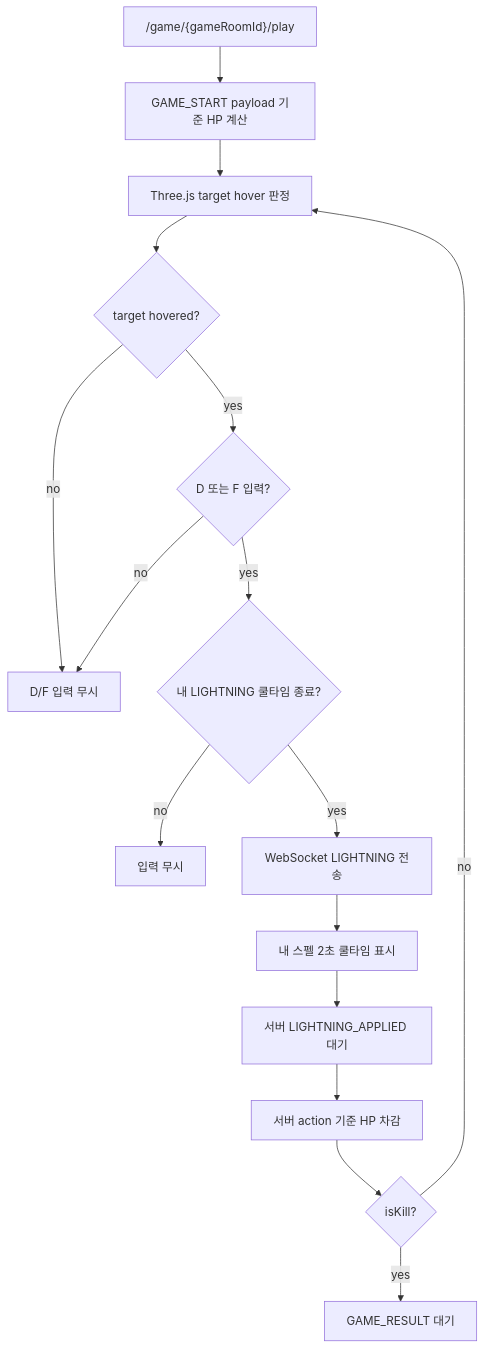
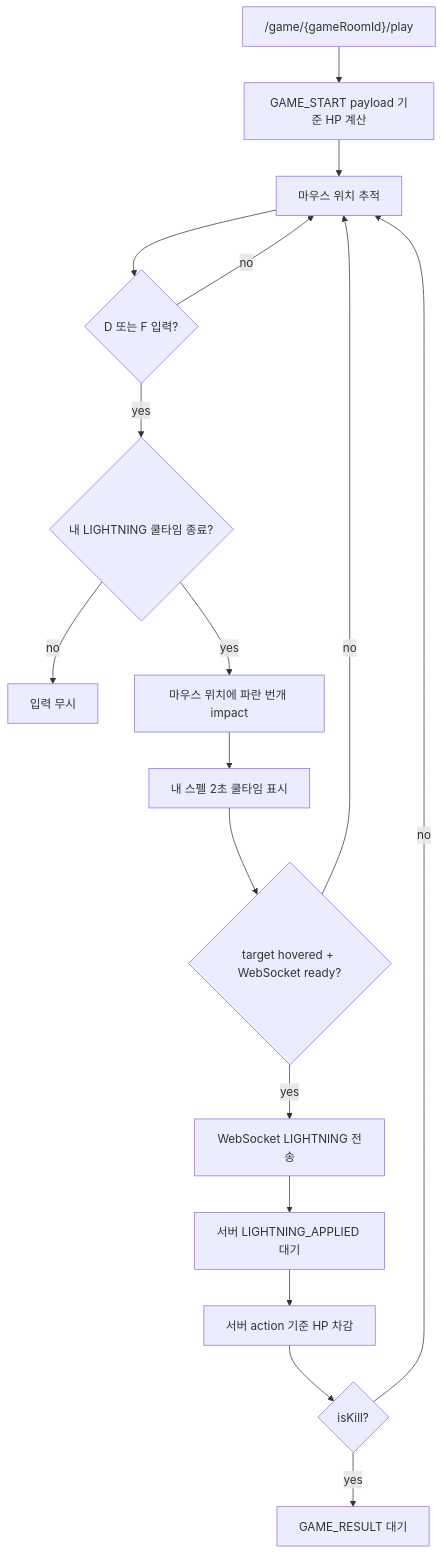
The first of 2 diagrams in docs/antigravity/frontend/issue-92-lightning-combat-input-ui.md (moonwhistle/League-of-Star), drawn with Mermaid before and after one commit. The commit also changed other lines of this file and 4 other files, not shown here.

````diff
--- a/docs/antigravity/frontend/issue-92-lightning-combat-input-ui.md
+++ b/docs/antigravity/frontend/issue-92-lightning-combat-input-ui.md
@@ -7,18 +7,19 @@
 ```mermaid
 flowchart TD
     A["/game/{gameRoomId}/play"] --> B["GAME_START payload 기준 HP 계산"]
-    B --> C["Three.js target hover 판정"]
-    C --> D{"target hovered?"}
-    D -->|no| E["D/F 입력 무시"]
-    D -->|yes| F{"D 또는 F 입력?"}
-    F -->|no| E
-    F -->|yes| G{"내 LIGHTNING 쿨타임 종료?"}
+    B --> C["마우스 위치 추적"]
+    C --> D{"D 또는 F 입력?"}
+    D -->|no| C
+    D -->|yes| G{"내 LIGHTNING 쿨타임 종료?"}
     G -->|no| H["입력 무시"]
-    G -->|yes| I["WebSocket LIGHTNING 전송"]
+    G -->|yes| I["마우스 위치에 파란 번개 impact"]
     I --> J["내 스펠 2초 쿨타임 표시"]
-    J --> K["서버 LIGHTNING_APPLIED 대기"]
-    K --> L["서버 action 기준 HP 차감"]
-    L --> M{"isKill?"}
-    M -->|yes| N["GAME_RESULT 대기"]
-    M -->|no| C
+    J --> K{"target hovered + WebSocket ready?"}
+    K -->|no| C
+    K -->|yes| L["WebSocket LIGHTNING 전송"]
+    L --> M["서버 LIGHTNING_APPLIED 대기"]
+    M --> N["서버 action 기준 HP 차감"]
+    N --> O{"isKill?"}
+    O -->|yes| P["GAME_RESULT 대기"]
+    O -->|no| C
 ```
````
